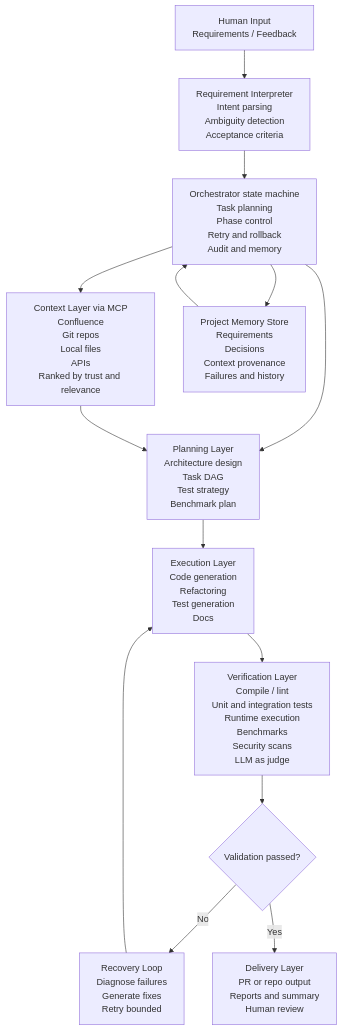
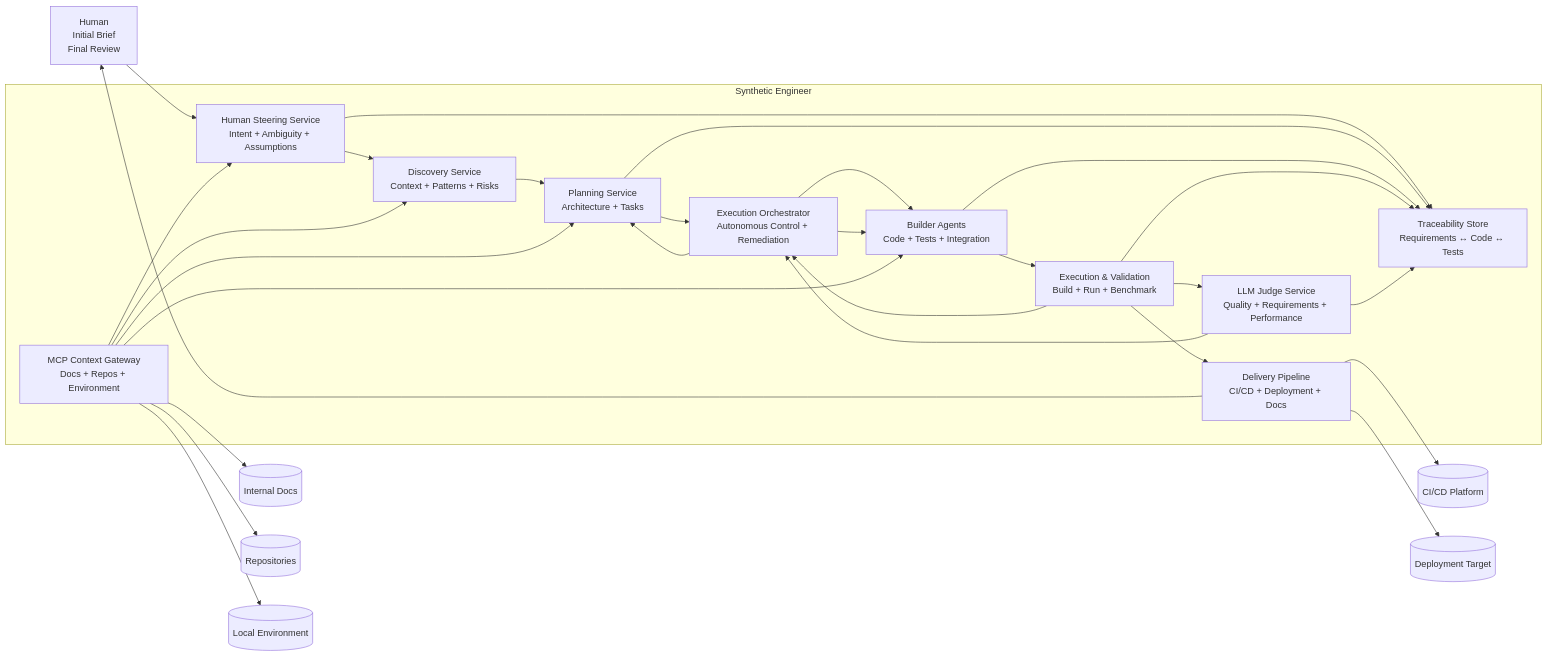
The first of 2 diagrams in docs/whiteboard-architecture.md (JOHNEPPILLAR/the-synth-eng-core), drawn with Mermaid before and after one commit. The commit also changed other lines of this file, not shown here.

Commit message:
Revise whiteboard architecture documentation to clarify system objectives, enhance structure, and improve readability.

````diff
--- a/docs/whiteboard-architecture.md
+++ b/docs/whiteboard-architecture.md
@@ -30,29 +72,92 @@
 ```mermaid
-flowchart TD
+flowchart LR
 
-    A["Human Input<br/>Requirements / Feedback"] --> B["Requirement Interpreter<br/>Intent parsing<br/>Ambiguity detection<br/>Acceptance criteria"]
+    %% =========================
+    %% HUMAN
+    %% =========================
+    H[Human<br/>Initial Brief<br/>Final Review]
 
-    B --> C["Orchestrator state machine<br/>Task planning<br/>Phase control<br/>Retry and rollback<br/>Audit and memory"]
+    %% =========================
+    %% CORE SYSTEM
+    %% =========================
+    subgraph SYNTH["Synthetic Engineer"]
 
-    C --> D["Context Layer via MCP<br/>Confluence<br/>Git repos<br/>Local files<br/>APIs<br/>Ranked by trust and relevance"]
+        HSI["Human Steering Service<br/>Intent + Ambiguity + Assumptions"]
 
-    C --> E["Planning Layer<br/>Architecture design<br/>Task DAG<br/>Test strategy<br/>Benchmark plan"]
+        DISC["Discovery Service<br/>Context + Patterns + Risks"]
 
-    D --> E
+        PLAN["Planning Service<br/>Architecture + Tasks"]
 
-    E --> F["Execution Layer<br/>Code generation<br/>Refactoring<br/>Test generation<br/>Docs"]
+        ORCH["Execution Orchestrator<br/>Autonomous Control + Remediation"]
 
-    F --> G["Verification Layer<br/>Compile / lint<br/>Unit and integration tests<br/>Runtime execution<br/>Benchmarks<br/>Security scans<br/>LLM as judge"]
+        BUILD["Builder Agents<br/>Code + Tests + Integration"]
 
-    G --> H{"Validation passed?"}
+        EXEC["Execution & Validation<br/>Build + Run + Benchmark"]
 
-    H -->|No| I["Recovery Loop<br/>Diagnose failures<br/>Generate fixes<br/>Retry bounded"]
+        JUDGE["LLM Judge Service<br/>Quality + Requirements + Performance"]
 
-    I --> F
+        TRACE["Traceability Store<br/>Requirements ↔ Code ↔ Tests"]
 
-    H -->|Yes| J["Delivery Layer<br/>PR or repo output<br/>Reports and summary<br/>Human review"]
+        CONTEXT["MCP Context Gateway<br/>Docs + Repos + Environment"]
 
-    C --> K["Project Memory Store<br/>Requirements<br/>Decisions<br/>Context provenance<br/>Failures and history"]
+        DELIVERY["Delivery Pipeline<br/>CI/CD + Deployment + Docs"]
+    end
 
-    K --> C
+    %% =========================
+    %% EXTERNAL SYSTEMS
+    %% =========================
+    CONFLUENCE[(Internal Docs)]
+    GIT[(Repositories)]
+    LOCAL[(Local Environment)]
+    CI[(CI/CD Platform)]
+    TARGET[(Deployment Target)]
+
+    %% =========================
+    %% MAIN FLOW
+    %% =========================
+    H --> HSI
+    HSI --> DISC
+    DISC --> PLAN
+    PLAN --> ORCH
+    ORCH --> BUILD
+    BUILD --> EXEC
+    EXEC --> DELIVERY
+    DELIVERY --> H
+
+    %% =========================
+    %% FEEDBACK LOOPS
+    %% =========================
+    EXEC --> ORCH
+    EXEC --> JUDGE
+    JUDGE --> ORCH
+
+    ORCH --> PLAN
+    ORCH --> BUILD
+
+    %% =========================
+    %% TRACEABILITY
+    %% =========================
+    HSI --> TRACE
+    PLAN --> TRACE
+    BUILD --> TRACE
+    EXEC --> TRACE
+    JUDGE --> TRACE
+
+    %% =========================
+    %% CONTEXT INTEGRATION
+    %% =========================
+    CONTEXT --> HSI
+    CONTEXT --> DISC
+    CONTEXT --> PLAN
+    CONTEXT --> BUILD
+
+    CONTEXT --> CONFLUENCE
+    CONTEXT --> GIT
+    CONTEXT --> LOCAL
+
+    %% =========================
+    %% DELIVERY TARGETS
+    %% =========================
+    DELIVERY --> CI
+    DELIVERY --> TARGET
 ```
````
